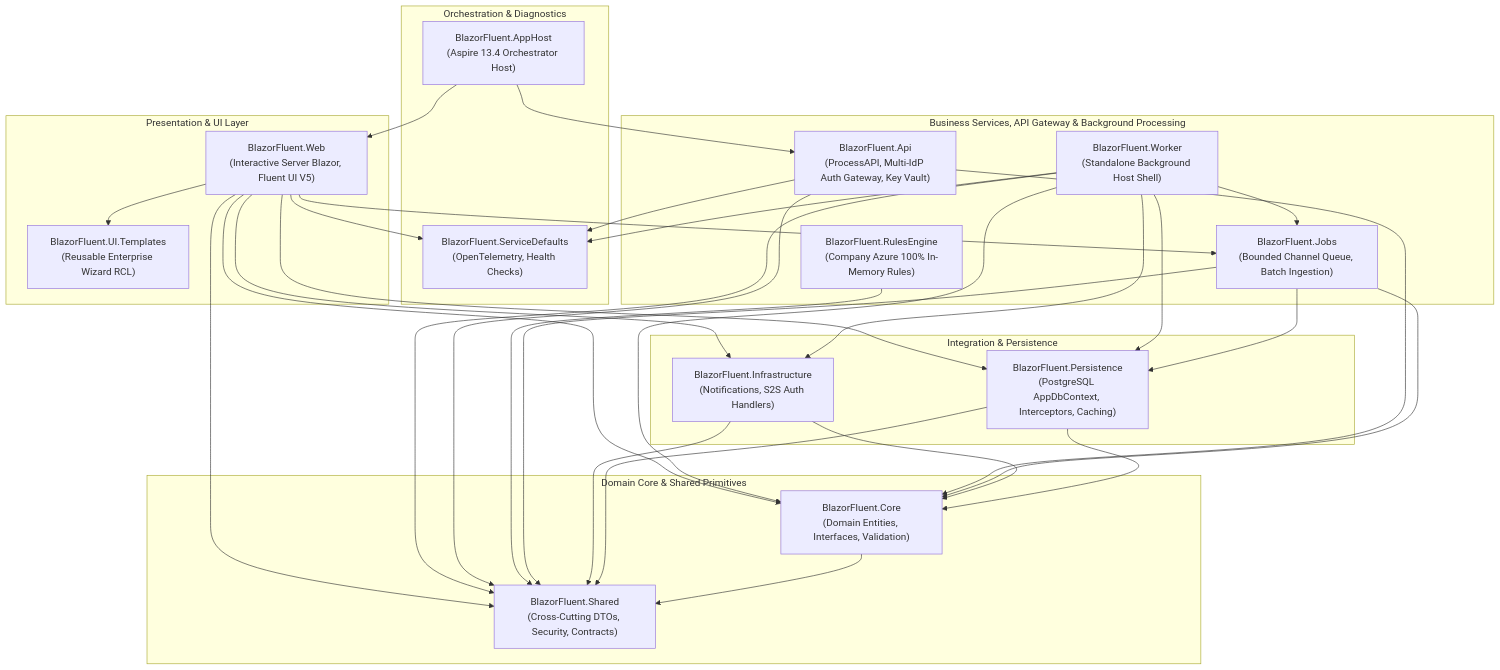
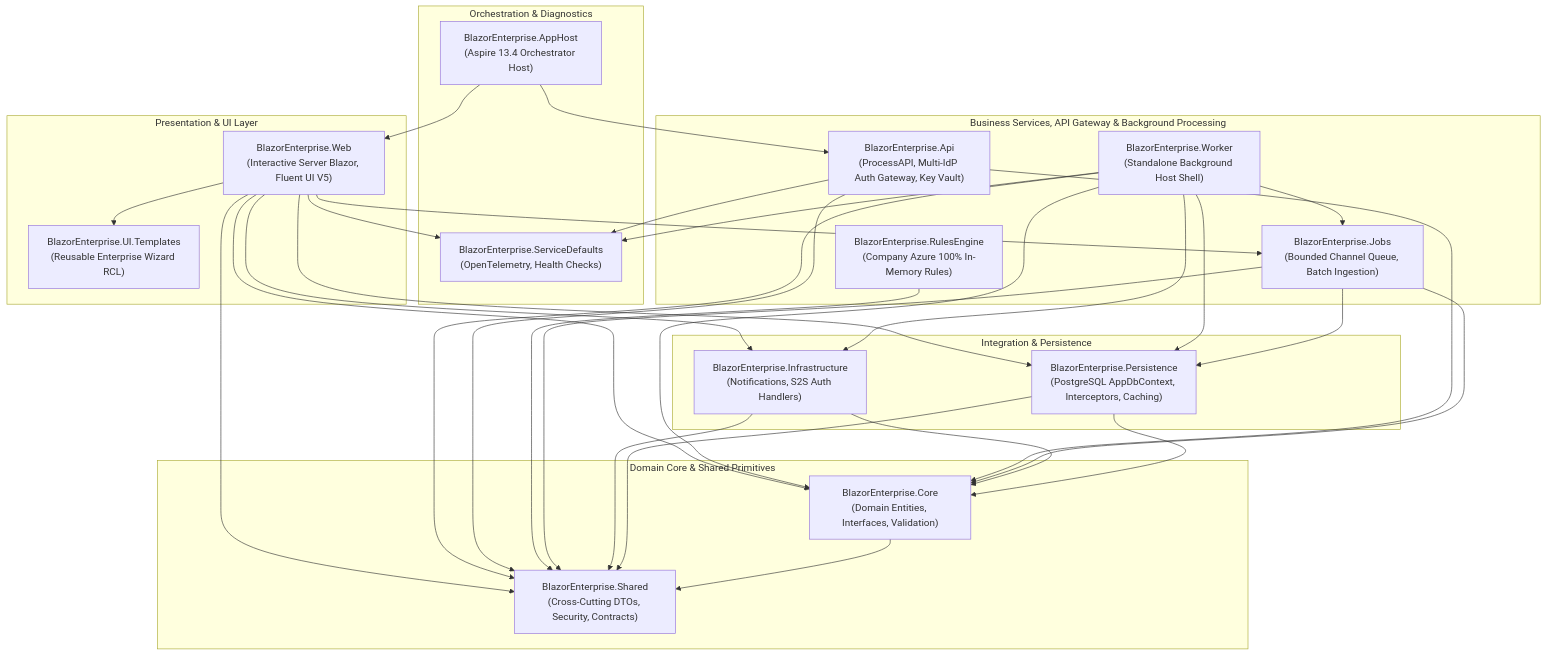
The first of 3 diagrams in docs/02-Architecture-and-Project-Structure.md (cheriansk/blazor-fluent), drawn with Mermaid before and after one commit. The commit also changed other lines of this file and 1219 other files, not shown here.

````diff
--- a/docs/02-Architecture-and-Project-Structure.md
+++ b/docs/02-Architecture-and-Project-Structure.md
@@ -12,58 +12,58 @@
 ```mermaid
 flowchart TD
     subgraph Orchestration ["Orchestration & Diagnostics"]
-        AppHost["BlazorFluent.AppHost\n(Aspire 13.4 Orchestrator Host)"]
-        Defaults["BlazorFluent.ServiceDefaults\n(OpenTelemetry, Health Checks)"]
+        AppHost["BlazorEnterprise.AppHost\n(Aspire 13.4 Orchestrator Host)"]
+        Defaults["BlazorEnterprise.ServiceDefaults\n(OpenTelemetry, Health Checks)"]
     end
 
     subgraph Presentation ["Presentation & UI Layer"]
-        Web["BlazorFluent.Web\n(Interactive Server Blazor, Fluent UI V5)"]
-        Templates["BlazorFluent.UI.Templates\n(Reusable Enterprise Wizard RCL)"]
+        Web["BlazorEnterprise.Web\n(Interactive Server Blazor, Fluent UI V5)"]
+        Templates["BlazorEnterprise.UI.Templates\n(Reusable Enterprise Wizard RCL)"]
     end
 
     subgraph BusinessAndApi ["Business Services, API Gateway & Background Processing"]
-        Api["BlazorFluent.Api\n(ProcessAPI, Multi-IdP Auth Gateway, Key Vault)"]
-        Rules["BlazorFluent.RulesEngine\n(Company Azure 100% In-Memory Rules)"]
-        Jobs["BlazorFluent.Jobs\n(Bounded Channel Queue, Batch Ingestion)"]
-        Worker["BlazorFluent.Worker\n(Standalone Background Host Shell)"]
+        Api["BlazorEnterprise.Api\n(ProcessAPI, Multi-IdP Auth Gateway, Key Vault)"]
+        Rules["BlazorEnterprise.RulesEngine\n(Company Azure 100% In-Memory Rules)"]
+        Jobs["BlazorEnterprise.Jobs\n(Bounded Channel Queue, Batch Ingestion)"]
+        Worker["BlazorEnterprise.Worker\n(Standalone Background Host Shell)"]
     end
 
     subgraph IntegrationAndData ["Integration & Persistence"]
-        Infra["BlazorFluent.Infrastructure\n(Notifications, S2S Auth Handlers)"]
-        Persist["BlazorFluent.Persistence\n(PostgreSQL AppDbContext, Interceptors, Caching)"]
+        Infra["BlazorEnterprise.Infrastructure\n(Notifications, S2S Auth Handlers)"]
+        Persist["BlazorEnterprise.Persistence\n(PostgreSQL AppDbContext, Interceptors, Caching)"]
     end
 
     subgraph CoreRing ["Domain Core & Shared Primitives"]
-        Core["BlazorFluent.Core\n(Domain Entities, Interfaces, Validation)"]
-        Shared["BlazorFluent.Shared\n(Cross-Cutting DTOs, Security, Contracts)"]
+        Core["BlazorEnterprise.Core\n(Domain Entities, Interfaces, Validation)"]
+        Shared["BlazorEnterprise.Shared\n(Cross-Cutting DTOs, Security, Contracts)"]
     end
 
     %% Dependency flow
     AppHost --> Web
     AppHost --> Api
     Web --> Defaults
     Api --> Defaults
     Worker --> Defaults
     Web --> Templates
     Web --> Jobs
     Web --> Infra
     Web --> Persist
     Web --> Core
     Web --> Shared
     Worker --> Jobs
     Worker --> Persist
     Worker --> Infra
     Worker --> Core
     Worker --> Shared
     Api --> Core
     Api --> Shared
     Rules --> Shared
     Jobs --> Persist
     Jobs --> Core
     Jobs --> Shared
     Infra --> Core
     Infra --> Shared
     Persist --> Core
     Persist --> Shared
     Core --> Shared
 ```
````
